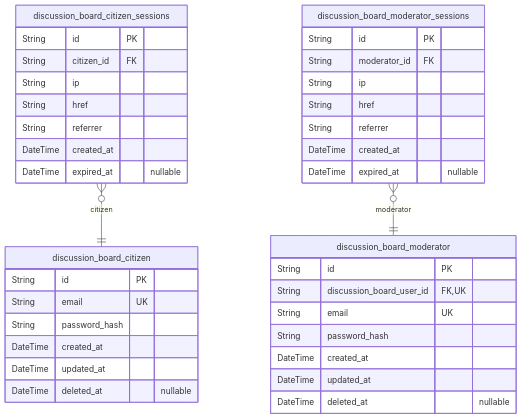
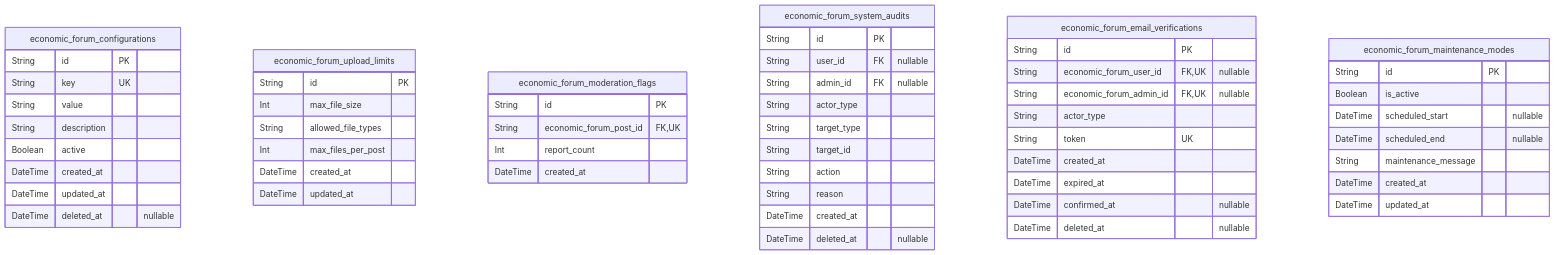
Before and after one commit to wrtnlabs/autobe-examples: the second of 4 diagrams in qwen/qwen3-next-80b-a3b-instruct/bbs/docs/ERD.md, drawn with Mermaid. The commit also changed other lines of this file and 4047 other files, not shown here.

````diff
--- a/qwen/qwen3-next-80b-a3b-instruct/bbs/docs/ERD.md
+++ b/qwen/qwen3-next-80b-a3b-instruct/bbs/docs/ERD.md
@@ -641,40 +391,59 @@
 ```mermaid
 erDiagram
-"discussion_board_citizen" {
+"economic_forum_configurations" {
   String id PK
-  String email UK
-  String password_hash
+  String key UK
+  String value
+  String description
+  Boolean active
   DateTime created_at
   DateTime updated_at
   DateTime deleted_at "nullable"
 }
-"discussion_board_citizen_sessions" {
+"economic_forum_upload_limits" {
   String id PK
-  String citizen_id FK
-  String ip
-  String href
-  String referrer
-  DateTime created_at
-  DateTime expired_at "nullable"
-}
-"discussion_board_moderator" {
-  String id PK
-  String discussion_board_user_id FK,UK
-  String email UK
-  String password_hash
+  Int max_file_size
+  String allowed_file_types
+  Int max_files_per_post
   DateTime created_at
   DateTime updated_at
+}
+"economic_forum_moderation_flags" {
+  String id PK
+  String economic_forum_post_id FK,UK
+  Int report_count
+  DateTime created_at
+}
+"economic_forum_system_audits" {
+  String id PK
+  String user_id FK "nullable"
+  String admin_id FK "nullable"
+  String actor_type
+  String target_type
+  String target_id
+  String action
+  String reason
+  DateTime created_at
   DateTime deleted_at "nullable"
 }
-"discussion_board_moderator_sessions" {
+"economic_forum_email_verifications" {
   String id PK
-  String moderator_id FK
-  String ip
-  String href
-  String referrer
+  String economic_forum_user_id FK,UK "nullable"
+  String economic_forum_admin_id FK,UK "nullable"
+  String actor_type
+  String token UK
   DateTime created_at
-  DateTime expired_at "nullable"
+  DateTime expired_at
+  DateTime confirmed_at "nullable"
+  DateTime deleted_at "nullable"
 }
-"discussion_board_citizen_sessions" }o--|| "discussion_board_citizen" : citizen
-"discussion_board_moderator_sessions" }o--|| "discussion_board_moderator" : moderator
+"economic_forum_maintenance_modes" {
+  String id PK
+  Boolean is_active
+  DateTime scheduled_start "nullable"
+  DateTime scheduled_end "nullable"
+  String maintenance_message
+  DateTime created_at
+  DateTime updated_at
+}
 ```
````
